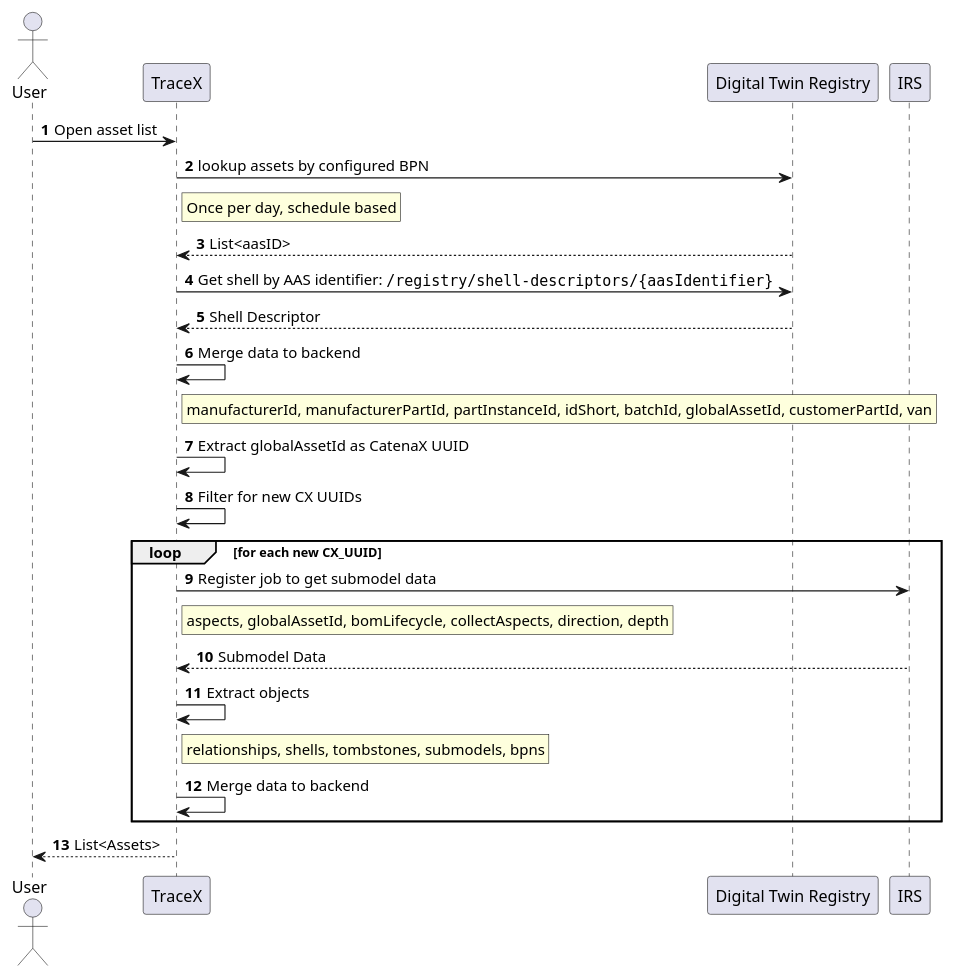
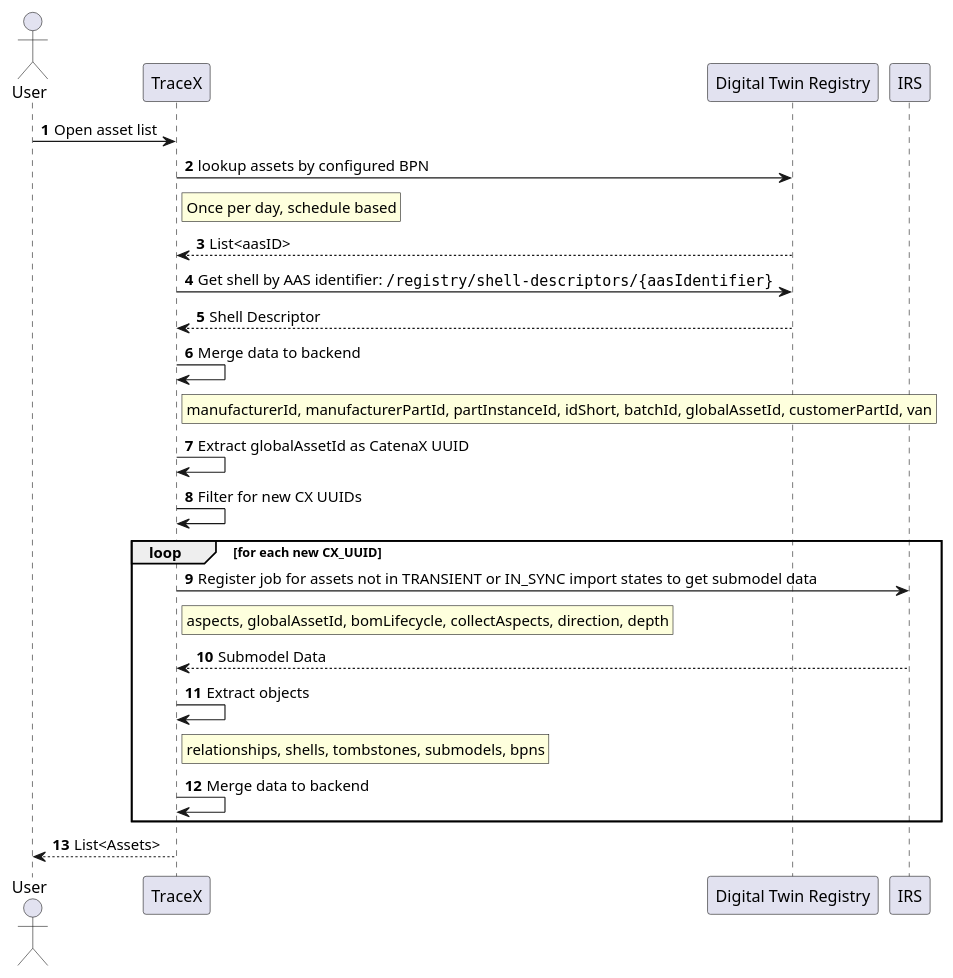
Before and after one commit to eclipse-tractusx/traceability-foss: the diagram in docs/src/uml-diagrams/arc42/runtime-view/data-consumption-process.puml, drawn with PlantUML. The commit also changed 13 other files, not shown here.

```diff
--- a/docs/src/uml-diagrams/arc42/runtime-view/data-consumption-process.puml
+++ b/docs/src/uml-diagrams/arc42/runtime-view/data-consumption-process.puml
@@ -1,41 +1,41 @@
 @startuml
 'https://plantuml.com/sequence-diagram
 autonumber
 
 actor User
 participant TraceX
 participant "Digital Twin Registry" as DTR
 participant IRS
 
 User -> TraceX: Open asset list
 TraceX -> DTR: lookup assets by configured BPN
 rnote right TraceX
 Once per day, schedule based
 end rnote
 TraceX <-- DTR: List<aasID>
 
 TraceX -> DTR: Get shell by AAS identifier: ""/registry/shell-descriptors/{aasIdentifier}""
 TraceX <-- DTR: Shell Descriptor
 TraceX -> TraceX: Merge data to backend
 rnote right TraceX
 manufacturerId, manufacturerPartId, partInstanceId, idShort, batchId, globalAssetId, customerPartId, van
 end rnote
 TraceX -> TraceX: Extract globalAssetId as CatenaX UUID
 TraceX -> TraceX: Filter for new CX UUIDs
 
 	loop for each new CX_UUID
-        TraceX -> IRS: Register job to get submodel data
+        TraceX -> IRS: Register job for assets not in TRANSIENT or IN_SYNC import states to get submodel data
             rnote right TraceX
                 aspects, globalAssetId, bomLifecycle, collectAspects, direction, depth
             end rnote
         TraceX <-- IRS: Submodel Data
         TraceX -> TraceX: Extract objects
             rnote right TraceX
                 relationships, shells, tombstones, submodels, bpns
             end rnote
 		TraceX -> TraceX: Merge data to backend
 	end
 
 User <-- TraceX: List<Assets>
 
 @enduml
```
